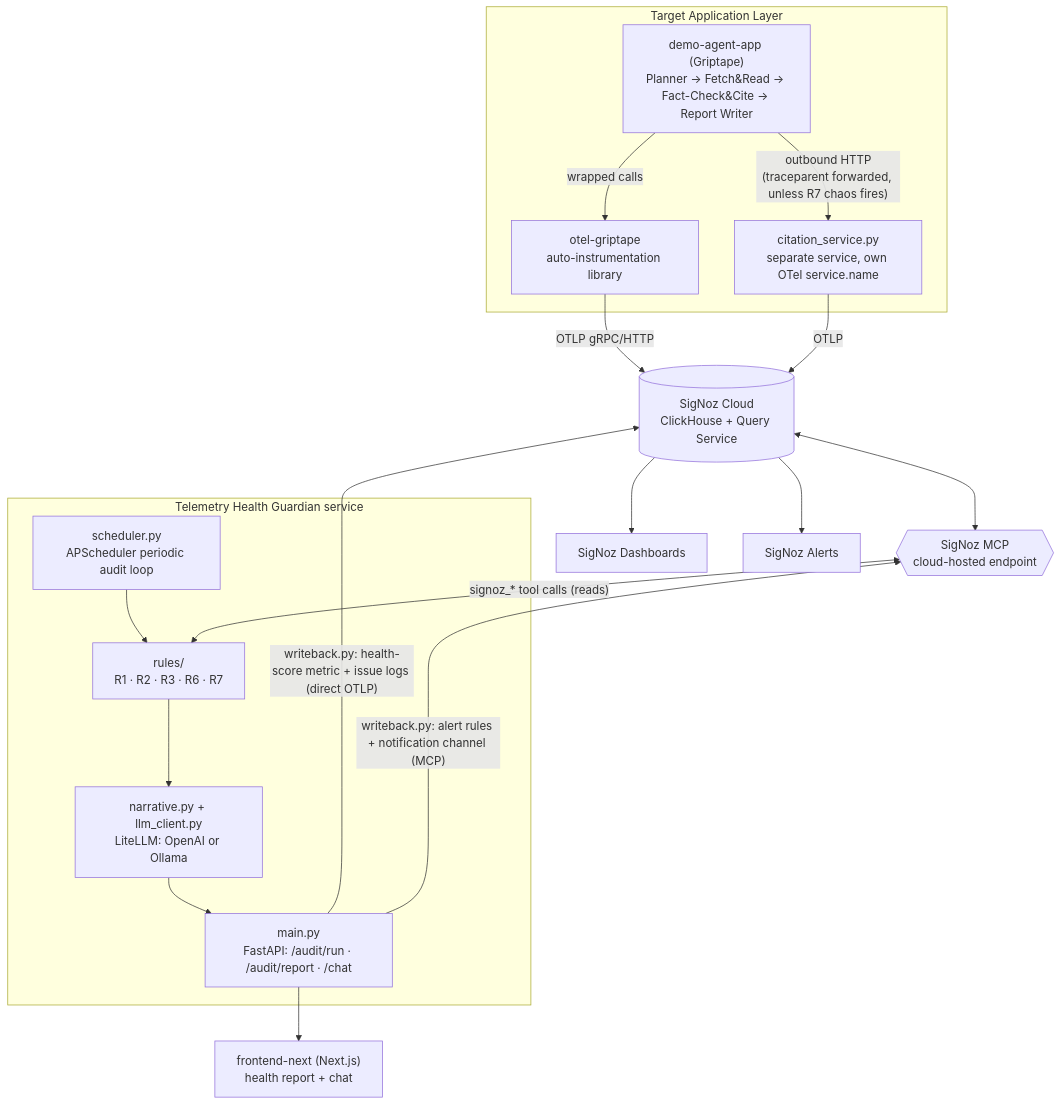
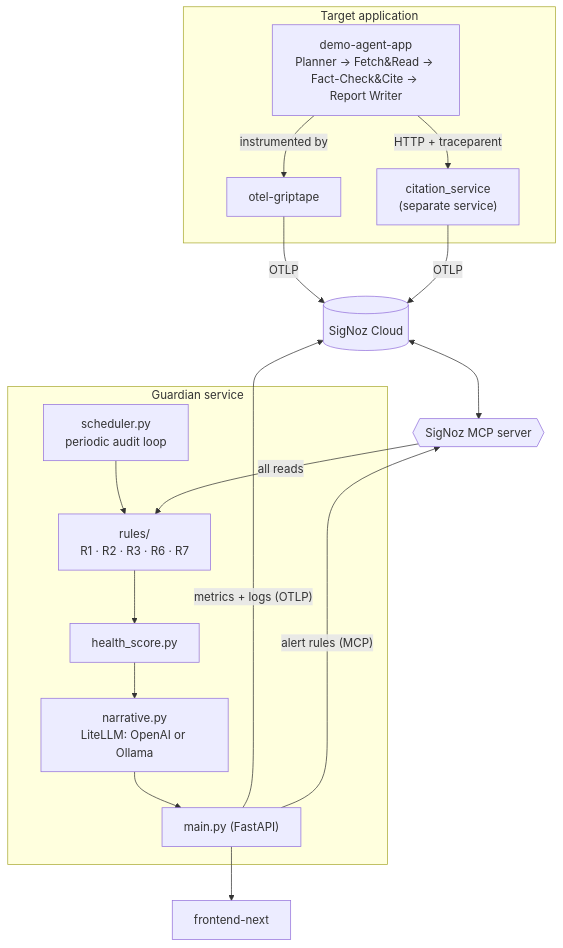
Before and after one commit to ayushraj09/telemetry-health-guardian: the diagram in README.md, drawn with Mermaid. The commit also changed other lines of this file and 8 other files, not shown here.

````diff
--- a/README.md
+++ b/README.md
@@ -66,34 +50,24 @@
 ```mermaid
 flowchart TB
-    subgraph TargetApp["Target Application Layer"]
-        A["demo-agent-app (Griptape)<br/>Planner → Fetch&Read → Fact-Check&Cite → Report Writer"]
-        A -->|wrapped calls| LIB["otel-griptape<br/>auto-instrumentation library"]
-        A -->|"outbound HTTP<br/>(traceparent forwarded, unless R7 chaos fires)"| CITE["citation_service.py<br/>separate service, own OTel service.name"]
+    subgraph Target["Target application"]
+        A["demo-agent-app<br/>Planner → Fetch&Read → Fact-Check&Cite → Report Writer"]
+        A -->|instrumented by| LIB["otel-griptape"]
+        A -->|"HTTP + traceparent"| CITE["citation_service<br/>(separate service)"]
     end
 
-    LIB -->|OTLP gRPC/HTTP| SIGNOZ[(SigNoz Cloud<br/>ClickHouse + Query Service)]
+    LIB -->|OTLP| SIGNOZ[(SigNoz Cloud)]
     CITE -->|OTLP| SIGNOZ
+    SIGNOZ <--> MCP{{"SigNoz MCP server"}}
 
-    subgraph Guardian["Telemetry Health Guardian service"]
-        SCHED["scheduler.py<br/>APScheduler periodic audit loop"]
-        RULES["rules/<br/>R1 · R2 · R3 · R6 · R7"]
-        LLMLAYER["narrative.py + llm_client.py<br/>LiteLLM: OpenAI or Ollama"]
-        API["main.py<br/>FastAPI: /audit/run · /audit/report · /chat"]
-        SCHED --> RULES
-        RULES --> LLMLAYER
-        LLMLAYER --> API
+    subgraph Guardian["Guardian service"]
+        SCHED["scheduler.py<br/>periodic audit loop"] --> RULES["rules/<br/>R1 · R2 · R3 · R6 · R7"]
+        RULES --> SCORE["health_score.py"]
+        SCORE --> LLM["narrative.py<br/>LiteLLM: OpenAI or Ollama"]
+        LLM --> API["main.py (FastAPI)"]
     end
 
-    MCP{{"SigNoz MCP<br/>cloud-hosted endpoint"}}
-    SIGNOZ <--> MCP
-    MCP <-->|"signoz_* tool calls (reads)"| RULES
-
-    API -->|"writeback.py: health-score metric + issue logs (direct OTLP)"| SIGNOZ
-    API -->|"writeback.py: alert rules + notification channel (MCP)"| MCP
-
-    UI["frontend-next (Next.js)<br/>health report + chat"]
-    API --> UI
-
-    SIGNOZ --> DASH[SigNoz Dashboards]
-    SIGNOZ --> ALERTS[SigNoz Alerts]
+    MCP -->|"all reads"| RULES
+    API -->|"metrics + logs (OTLP)"| SIGNOZ
+    API -->|"alert rules (MCP)"| MCP
+    API --> UI["frontend-next"]
 ```
````
